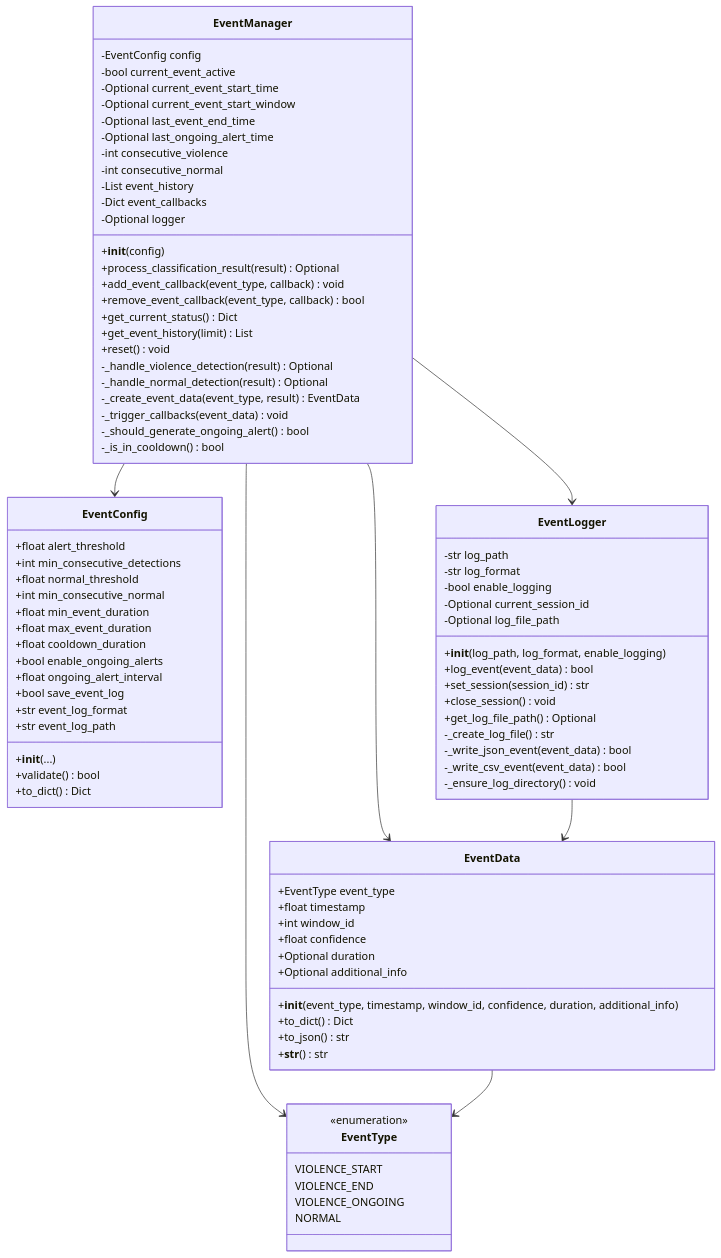
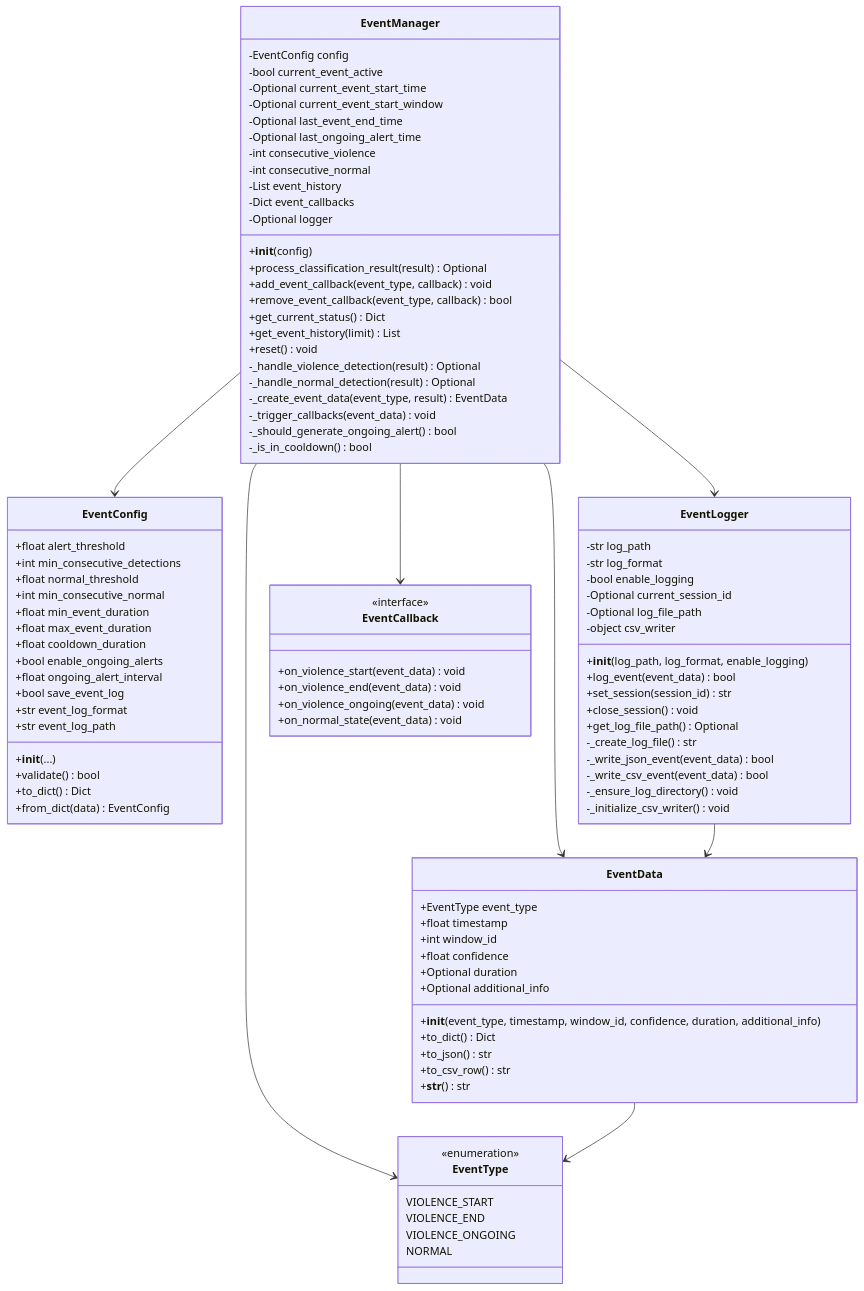
Before and after one commit to mars71003219/ar: the fourth of 11 diagrams in recognizer/docs/UML_DIAGRAMS.md, drawn with Mermaid. The commit also changed other lines of this file and 6 other files, not shown here.

````diff
--- a/recognizer/docs/UML_DIAGRAMS.md
+++ b/recognizer/docs/UML_DIAGRAMS.md
@@ -280,6 +377,7 @@
         +__init__(event_type, timestamp, window_id, confidence, duration, additional_info)
         +to_dict() Dict
         +to_json() str
+        +to_csv_row() str
         +__str__() str
     }
 
@@ -299,6 +397,7 @@
         +__init__(...)
         +validate() bool
         +to_dict() Dict
+        +from_dict(data) EventConfig
     }
 
     class EventManager {
@@ -334,6 +433,7 @@
         -bool enable_logging
         -Optional current_session_id
         -Optional log_file_path
+        -object csv_writer
         +__init__(log_path, log_format, enable_logging)
         +log_event(event_data) bool
         +set_session(session_id) str
@@ -343,12 +443,22 @@
         -_write_json_event(event_data) bool
         -_write_csv_event(event_data) bool
         -_ensure_log_directory() void
+        -_initialize_csv_writer() void
+    }
+
+    class EventCallback {
+        <<interface>>
+        +on_violence_start(event_data) void
+        +on_violence_end(event_data) void
+        +on_violence_ongoing(event_data) void
+        +on_normal_state(event_data) void
     }
 
     EventManager --> EventConfig
     EventManager --> EventData
     EventManager --> EventLogger
     EventManager --> EventType
+    EventManager --> EventCallback
     EventData --> EventType
     EventLogger --> EventData
 ```
````
